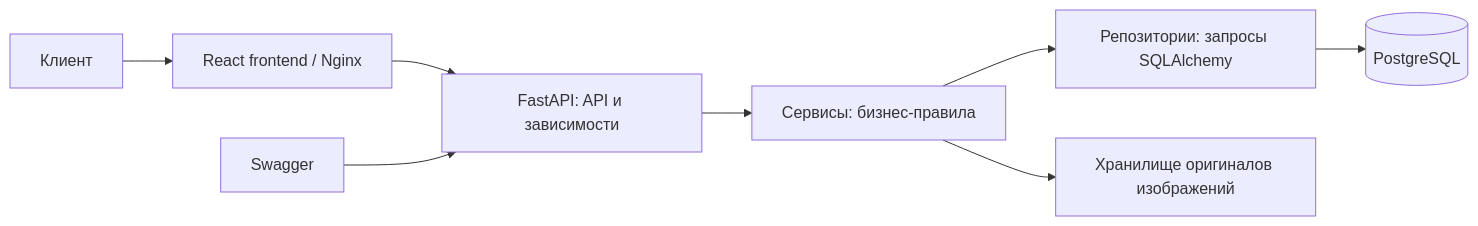
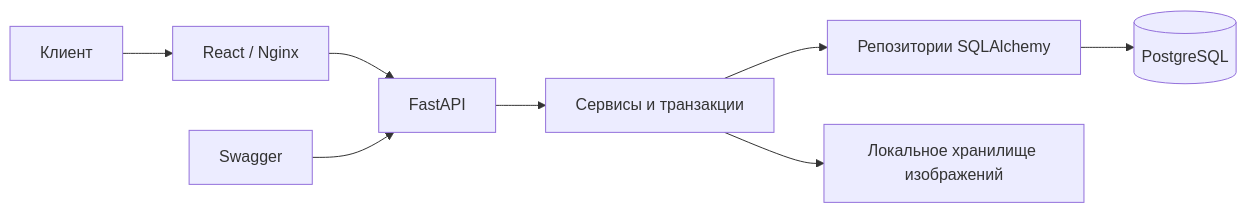
Before and after one commit to MrSuIR/EasyBook: the first of 2 diagrams in README.md, drawn with Mermaid. The commit also changed other lines of this file, not shown here.

````diff
--- a/README.md
+++ b/README.md
@@ -27,10 +21,10 @@
 ```mermaid
 flowchart LR
-    C["Клиент"] --> W["React frontend / Nginx"]
-    W --> A["FastAPI: API и зависимости"]
+    C["Клиент"] --> W["React / Nginx"]
+    W --> A["FastAPI"]
     D["Swagger"] --> A
-    A --> S["Сервисы: бизнес-правила"]
-    S --> R["Репозитории: запросы SQLAlchemy"]
+    A --> S["Сервисы и транзакции"]
+    S --> R["Репозитории SQLAlchemy"]
     R --> P[(PostgreSQL)]
-    S --> F["Хранилище оригиналов изображений"]
+    S --> F["Локальное хранилище изображений"]
 ```
````
